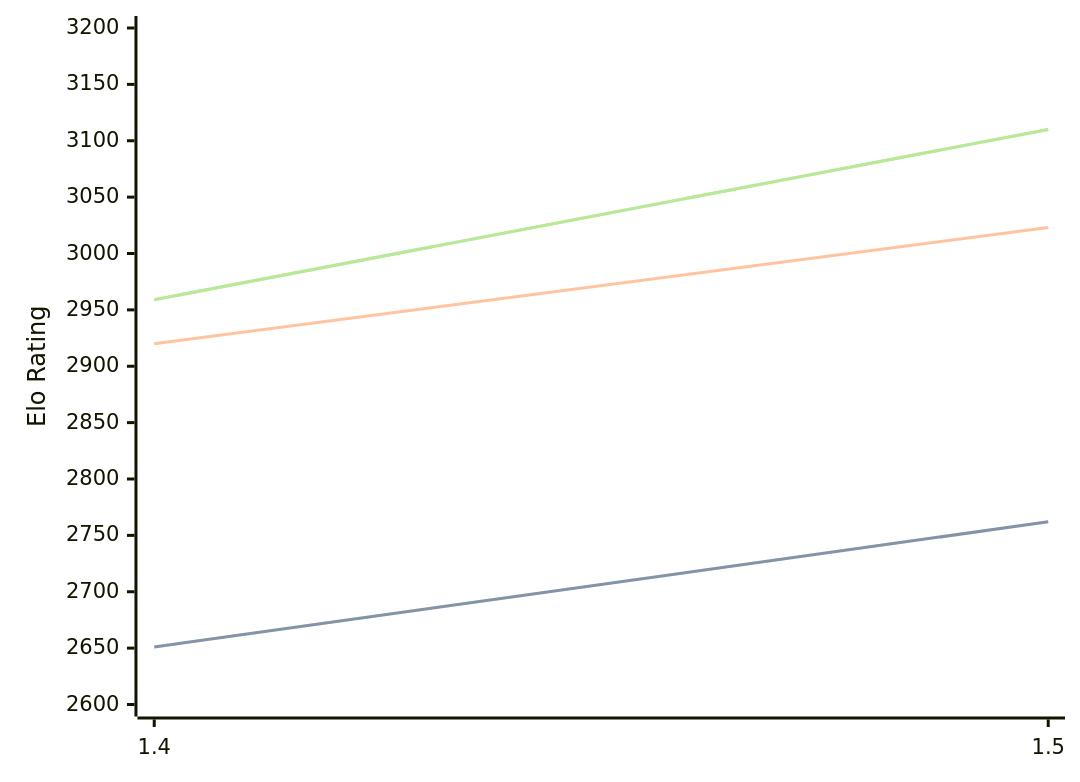
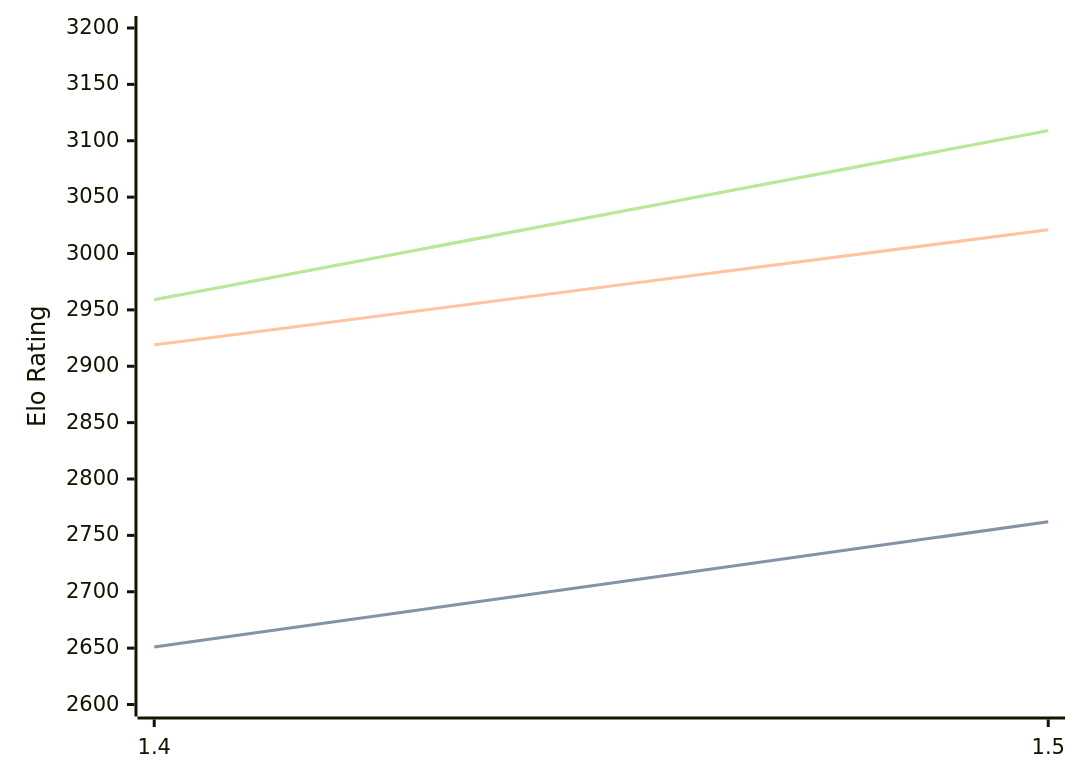
The diagram in engines/Yakka.md (computer-chess-index/cci), drawn with Mermaid before and after one commit. The commit also changed other lines of this file, not shown here.

Commit message:
Update CCI Ratings (ELO VLTC) - 2026-09-01

````diff
--- a/engines/Yakka.md
+++ b/engines/Yakka.md
@@ -32,11 +32,11 @@
 ```mermaid
 %%{init: {"theme":"base","themeVariables":{"seriesColors:['#a3a3a3','#222221','#faa371']}}}%%
 xychart-beta
   x-axis ["1.4", "1.5"]
   y-axis "Elo Rating" 2600 --> 3200
   line "" [2651, 2762]
   line "STC (8.0+0.08s)" [2651, 2762]
-  line "LTC (60.0+0.60s)" [2920, 3023]
-  line "" [2959, 3110]
-  line "VLTC (2m24s+1.12s)" [2959, 3110]
+  line "LTC (60.0+0.60s)" [2919, 3021]
+  line "" [2959, 3109]
+  line "VLTC (2m24s+1.12s)" [2959, 3109]
 ```
````
